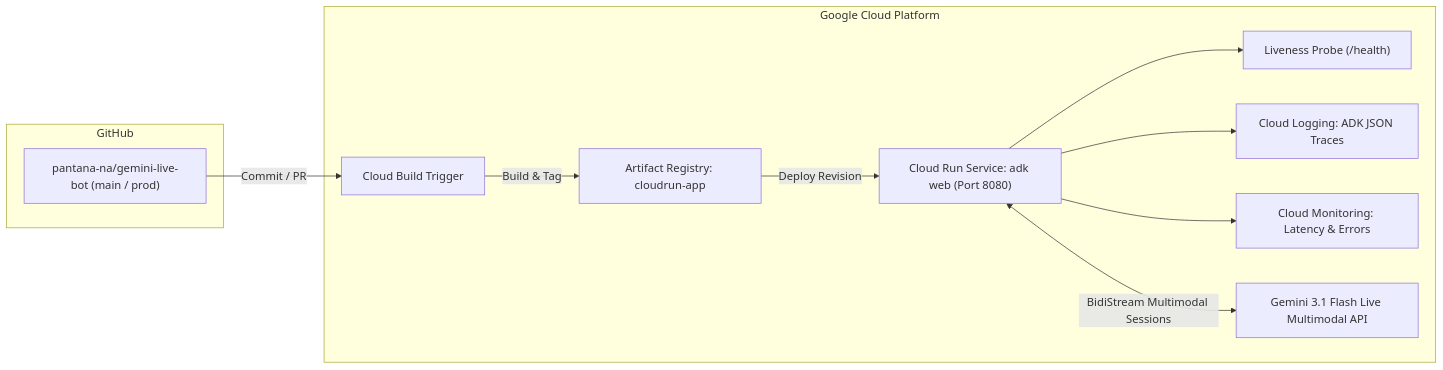
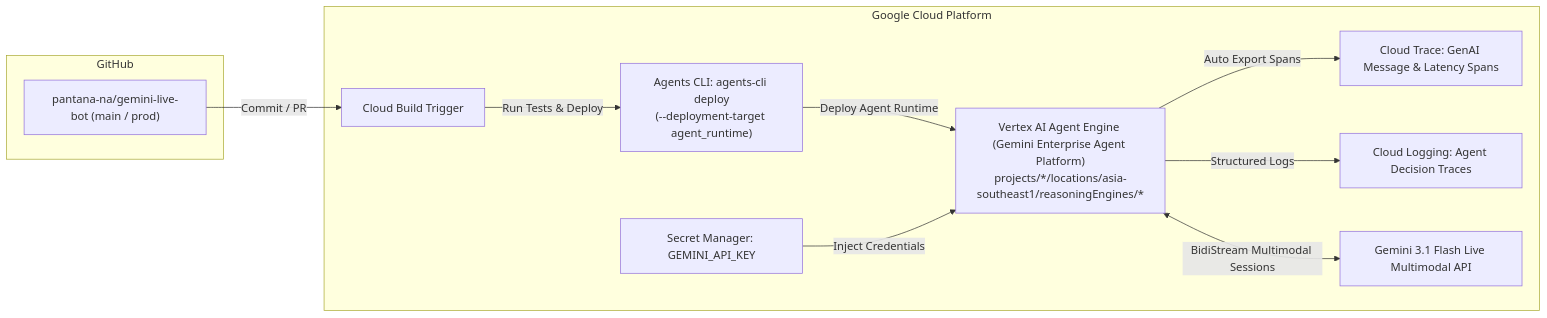
One commit to pantana-na/gemini-live-bot changed the diagram in docs/gemini-live-bot-architecture.md. Above: the diagram before and after it, drawn with Mermaid. The commit also changed other lines of this file and 14 other files, not shown here.

Commit message:
feat(deploy): deploy gemini-live-bot to Vertex AI Agent Engine via agents-cli

````diff
--- a/docs/gemini-live-bot-architecture.md
+++ b/docs/gemini-live-bot-architecture.md
@@ -130,24 +131,24 @@
 ```mermaid
 flowchart LR
     subgraph GitHub
         Repo["pantana-na/gemini-live-bot (main / prod)"]
     end
 
     subgraph Google Cloud Platform
         CB[Cloud Build Trigger]
-        AR[Artifact Registry: cloudrun-app]
-        CR["Cloud Run Service: adk web (Port 8080)"]
-        LP["Liveness Probe (/health)"]
-        CL[Cloud Logging: ADK JSON Traces]
-        CM[Cloud Monitoring: Latency & Errors]
+        ACLI["Agents CLI: agents-cli deploy<br/>(--deployment-target agent_runtime)"]
+        VAE["Vertex AI Agent Engine (Gemini Enterprise Agent Platform)<br/>projects/*/locations/asia-southeast1/reasoningEngines/*"]
+        CT[Cloud Trace: GenAI Message & Latency Spans]
+        CL[Cloud Logging: Agent Decision Traces]
+        SM[Secret Manager: GEMINI_API_KEY]
         VAI[Gemini 3.1 Flash Live Multimodal API]
     end
 
     Repo -->|Commit / PR| CB
-    CB -->|Build & Tag| AR
-    AR -->|Deploy Revision| CR
-    CR --> LP
-    CR --> CL
-    CR --> CM
-    CR <-->|BidiStream Multimodal Sessions| VAI
+    CB -->|Run Tests & Deploy| ACLI
+    ACLI -->|Deploy Agent Runtime| VAE
+    SM -->|Inject Credentials| VAE
+    VAE -->|Auto Export Spans| CT
+    VAE -->|Structured Logs| CL
+    VAE <-->|BidiStream Multimodal Sessions| VAI
 ```
````
